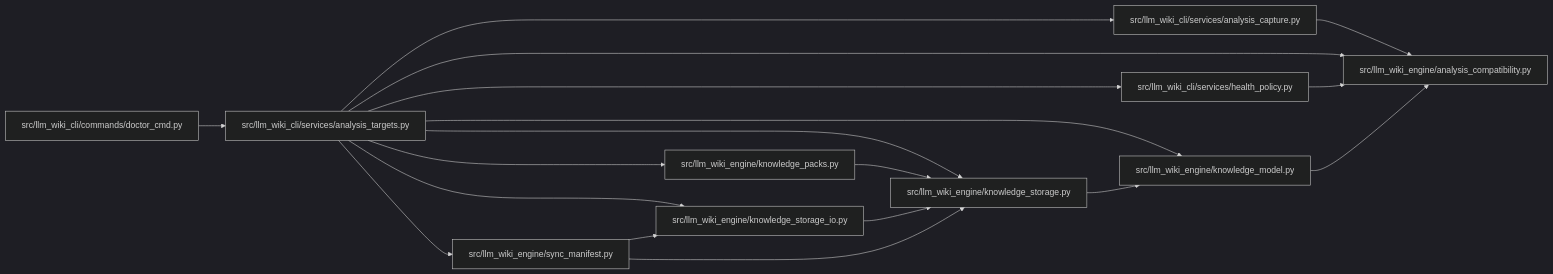
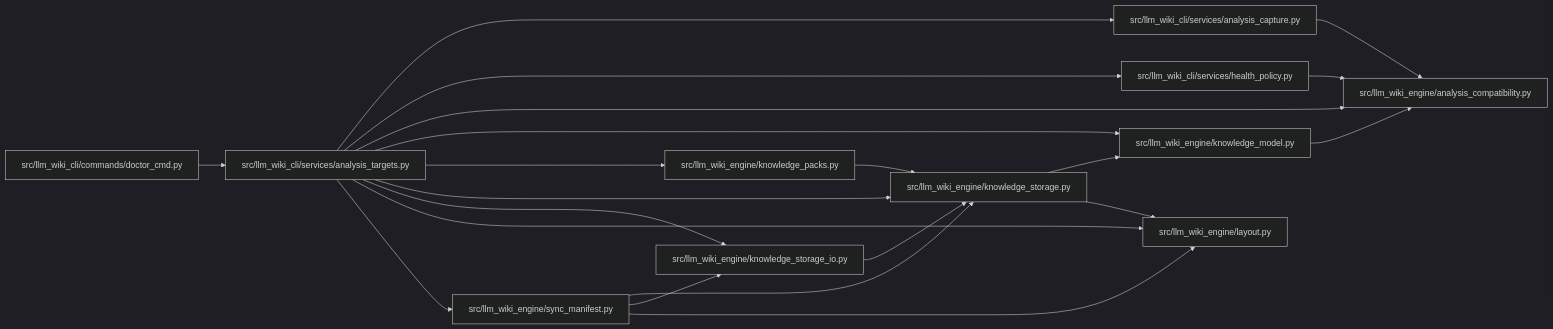
One commit to Denissvgn/python-wiki-llm changed the diagram in docs/llm_wiki/modules/analysis_targets.md. Above: the diagram before and after it, drawn with Mermaid (dark theme). The commit also changed other lines of this file and 869 other files, not shown here.

Commit message:
docs: refresh the wiki for the engine layout and producer opt-in

````diff
--- a/docs/llm_wiki/modules/analysis_targets.md
+++ b/docs/llm_wiki/modules/analysis_targets.md
@@ -38,40 +39,45 @@
 ```mermaid
 flowchart LR
     n0["src/llm_wiki_cli/commands/doctor_cmd.py"]
     n1["src/llm_wiki_cli/services/analysis_capture.py"]
     n2["src/llm_wiki_cli/services/analysis_targets.py"]
     n3["src/llm_wiki_cli/services/health_policy.py"]
     n4["src/llm_wiki_engine/analysis_compatibility.py"]
     n5["src/llm_wiki_engine/knowledge_model.py"]
     n6["src/llm_wiki_engine/knowledge_packs.py"]
     n7["src/llm_wiki_engine/knowledge_storage.py"]
     n8["src/llm_wiki_engine/knowledge_storage_io.py"]
-    n9["src/llm_wiki_engine/sync_manifest.py"]
+    n9["src/llm_wiki_engine/layout.py"]
+    n10["src/llm_wiki_engine/sync_manifest.py"]
     n0 --> n2
     n1 --> n4
     n2 --> n1
     n2 --> n3
     n2 --> n4
     n2 --> n5
     n2 --> n6
     n2 --> n7
     n2 --> n8
     n2 --> n9
+    n2 --> n10
     n3 --> n4
     n5 --> n4
     n6 --> n7
     n7 --> n5
+    n7 --> n9
     n8 --> n7
-    n9 --> n7
-    n9 --> n8
+    n10 --> n7
+    n10 --> n8
+    n10 --> n9
     click n0 "../modules/doctor_cmd.md"
     click n1 "../modules/analysis_capture.md"
     click n2 "../modules/analysis_targets.md"
     click n3 "../modules/health_policy.md"
     click n4 "../modules/analysis_compatibility.md"
     click n5 "../modules/knowledge_model.md"
     click n6 "../modules/knowledge_packs.md"
     click n7 "../modules/knowledge_storage.md"
     click n8 "../modules/knowledge_storage_io.md"
-    click n9 "../modules/sync_manifest.md"
+    click n9 "../modules/layout.md"
+    click n10 "../modules/sync_manifest.md"
 ```
````
